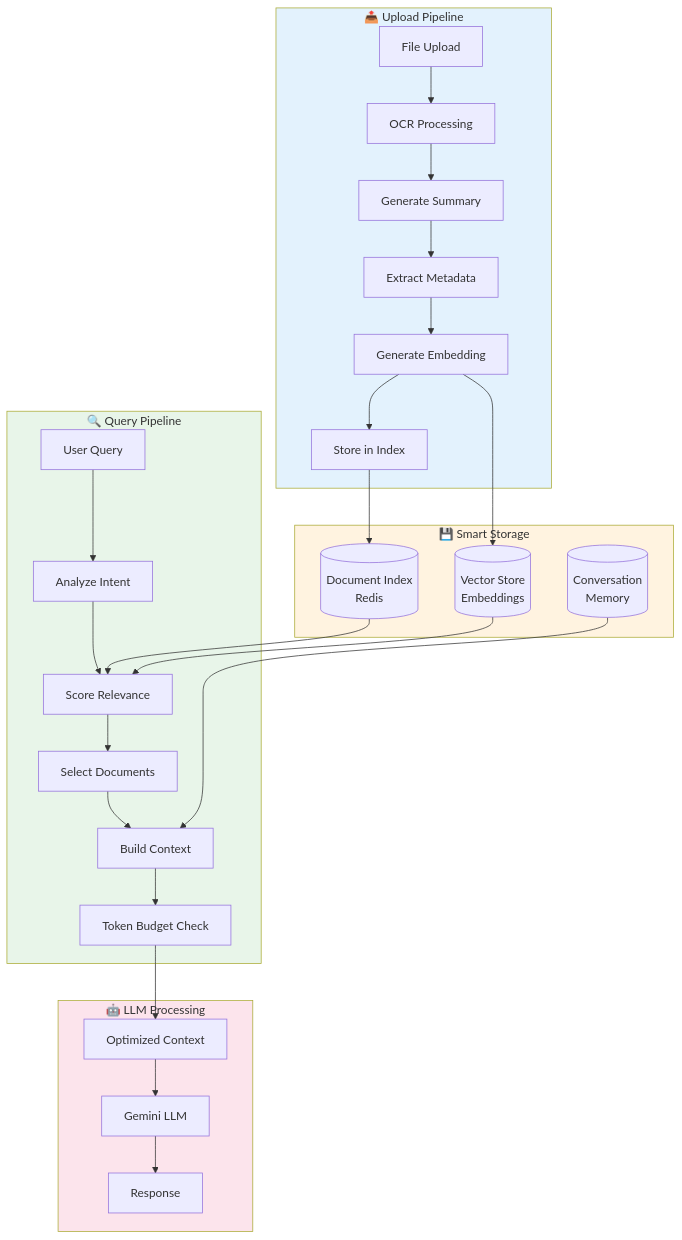
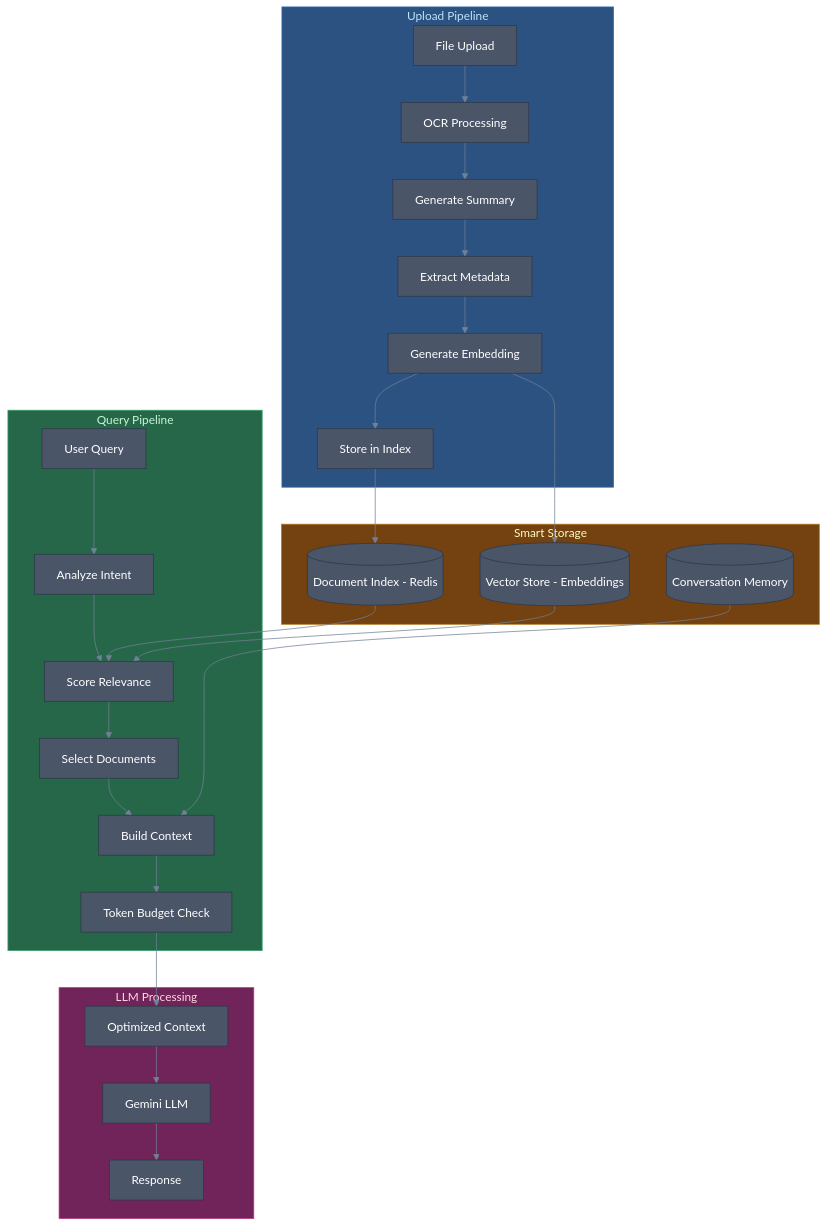
One commit to manumishra-zm/execution_plan changed the third of 22 diagrams in chat_context/chat_context.md. Above: the diagram before and after it, drawn with Mermaid. The commit also changed other lines of this file, not shown here.

````diff
--- a/chat_context/chat_context.md
+++ b/chat_context/chat_context.md
@@ -103,41 +108,42 @@
 ```mermaid
+%%{init: {'theme': 'base', 'themeVariables': { 'primaryColor': '#4a5568', 'primaryTextColor': '#fff', 'primaryBorderColor': '#2d3748', 'lineColor': '#718096'}}}%%
 flowchart TB
-    subgraph Upload["📤 Upload Pipeline"]
+    subgraph Upload["Upload Pipeline"]
         U1[File Upload] --> U2[OCR Processing]
         U2 --> U3[Generate Summary]
         U3 --> U4[Extract Metadata]
         U4 --> U5[Generate Embedding]
         U5 --> U6[Store in Index]
     end
 
-    subgraph Storage["💾 Smart Storage"]
-        S1[(Document Index<br/>Redis)]
-        S2[(Vector Store<br/>Embeddings)]
-        S3[(Conversation<br/>Memory)]
+    subgraph Storage["Smart Storage"]
+        S1[(Document Index - Redis)]
+        S2[(Vector Store - Embeddings)]
+        S3[(Conversation Memory)]
     end
 
-    subgraph Query["🔍 Query Pipeline"]
+    subgraph Query["Query Pipeline"]
         Q1[User Query] --> Q2[Analyze Intent]
         Q2 --> Q3[Score Relevance]
         Q3 --> Q4[Select Documents]
         Q4 --> Q5[Build Context]
         Q5 --> Q6[Token Budget Check]
     end
 
-    subgraph LLM["🤖 LLM Processing"]
+    subgraph LLM["LLM Processing"]
         L1[Optimized Context] --> L2[Gemini LLM]
         L2 --> L3[Response]
     end
 
     U6 --> S1
     U5 --> S2
     S1 --> Q3
     S2 --> Q3
     S3 --> Q5
     Q6 --> L1
 
-    style Upload fill:#e3f2fd
-    style Storage fill:#fff3e0
-    style Query fill:#e8f5e9
-    style LLM fill:#fce4ec
+    style Upload fill:#2c5282,color:#bee3f8,stroke:#2b6cb0
+    style Storage fill:#744210,color:#fefcbf,stroke:#b7791f
+    style Query fill:#276749,color:#c6f6d5,stroke:#38a169
+    style LLM fill:#702459,color:#fed7e2,stroke:#b83280
 ```
````
